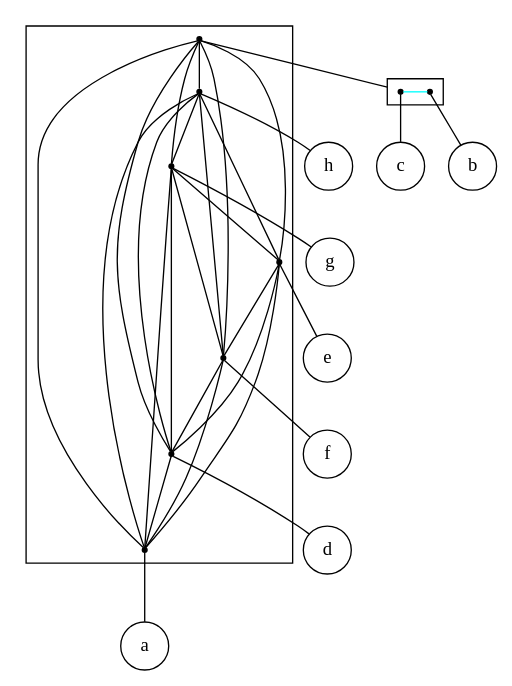
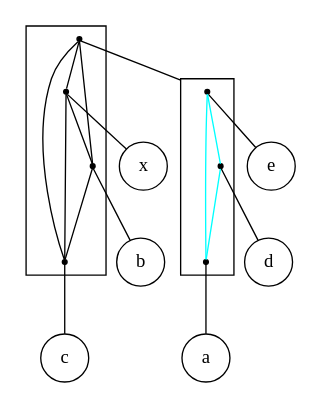
Before and after one commit to lrodrin/TFG: the diagram in src/final/linear_2-structure.dot, drawn with Graphviz. The commit also changed 3 other files, not shown here.

```diff
--- a/src/final/linear_2-structure.dot
+++ b/src/final/linear_2-structure.dot
@@ -1,55 +1,37 @@
 digraph "linear_2-structure" {
 compound=true;
 fontname=Verdana;
 fontsize=12;
 newrank=true;
 node [shape=circle];
-h;
-g;
+x;
+b;
+c;
 e;
-f;
 d;
 a;
-c;
-b;
-subgraph cluster_adbhecfg {
+subgraph cluster_eacxbd {
 node [shape=point];
-s_cb -> s_h  [color=black, arrowhead=none];
-s_cb -> s_g  [color=black, arrowhead=none];
-s_cb -> s_e  [color=black, arrowhead=none];
-s_cb -> s_f  [color=black, arrowhead=none];
-s_cb -> s_d  [color=black, arrowhead=none];
-s_cb -> s_a  [color=black, arrowhead=none];
-s_h -> s_g  [color=black, arrowhead=none];
-s_h -> s_e  [color=black, arrowhead=none];
-s_h -> s_f  [color=black, arrowhead=none];
-s_h -> s_d  [color=black, arrowhead=none];
-s_h -> s_a  [color=black, arrowhead=none];
-s_g -> s_e  [color=black, arrowhead=none];
-s_g -> s_f  [color=black, arrowhead=none];
-s_g -> s_d  [color=black, arrowhead=none];
-s_g -> s_a  [color=black, arrowhead=none];
-s_e -> s_f  [color=black, arrowhead=none];
-s_e -> s_d  [color=black, arrowhead=none];
-s_e -> s_a  [color=black, arrowhead=none];
-s_f -> s_d  [color=black, arrowhead=none];
-s_f -> s_a  [color=black, arrowhead=none];
-s_d -> s_a  [color=black, arrowhead=none];
+s_eda -> s_x  [color=black, arrowhead=none];
+s_eda -> s_b  [color=black, arrowhead=none];
+s_eda -> s_c  [color=black, arrowhead=none];
+s_x -> s_b  [color=black, arrowhead=none];
+s_x -> s_c  [color=black, arrowhead=none];
+s_b -> s_c  [color=black, arrowhead=none];
 }
 
-subgraph cluster_cb {
-rank=same;
+subgraph cluster_eda {
 node [shape=point];
-s_c -> s_b  [color=cyan, arrowhead=none];
+s_e -> s_d  [color=cyan, arrowhead=none];
+s_e -> s_a  [color=cyan, arrowhead=none];
+s_d -> s_a  [color=cyan, arrowhead=none];
 }
 
-s_cb -> s_c  [lhead=cluster_cb, arrowhead=none];
-s_h -> h  [arrowhead=none];
-s_g -> g  [arrowhead=none];
+s_eda -> s_e  [lhead=cluster_eda, arrowhead=none];
+s_x -> x  [arrowhead=none];
+s_b -> b  [arrowhead=none];
+s_c -> c  [arrowhead=none];
 s_e -> e  [arrowhead=none];
-s_f -> f  [arrowhead=none];
 s_d -> d  [arrowhead=none];
 s_a -> a  [arrowhead=none];
-s_c -> c  [arrowhead=none];
-s_b -> b  [arrowhead=none];
 }
```
